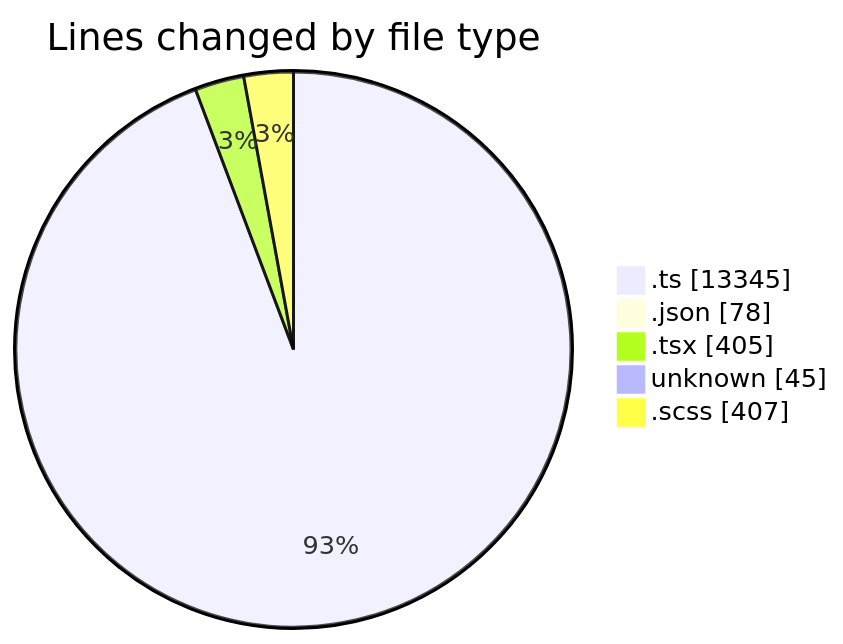
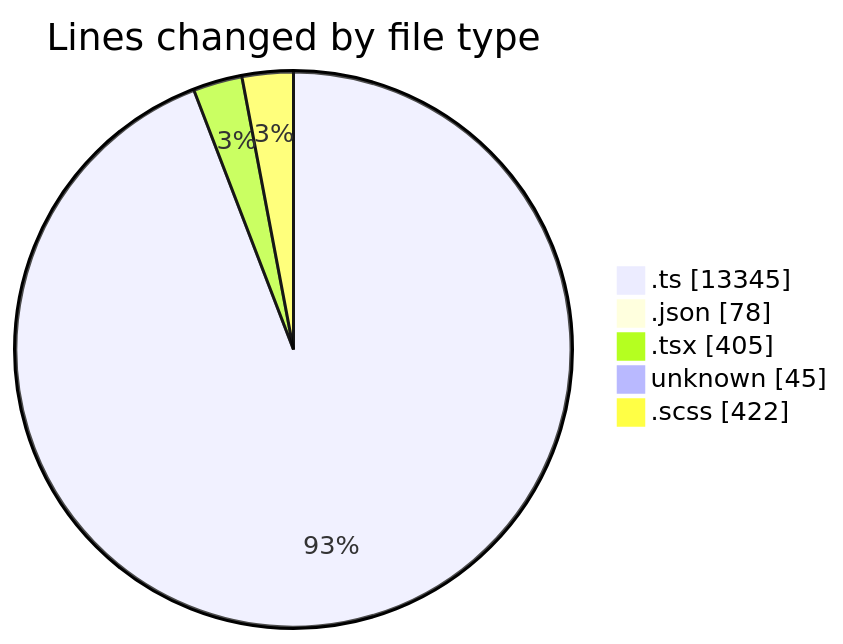
One commit to momahboobian/code-tracking changed the first of 2 diagrams in 2025-08-29/cda/README.md. Above: the diagram before and after it, drawn with Mermaid. The commit also changed other lines of this file and 1 other file, not shown here.

````diff
--- a/2025-08-29/cda/README.md
+++ b/2025-08-29/cda/README.md
@@ -29,9 +29,9 @@
 ```mermaid
 pie showData
 title Lines changed by file type
 ".ts" : 13345
 ".json" : 78
 ".tsx" : 405
 "unknown" : 45
-".scss" : 407
+".scss" : 422
 ```
````
